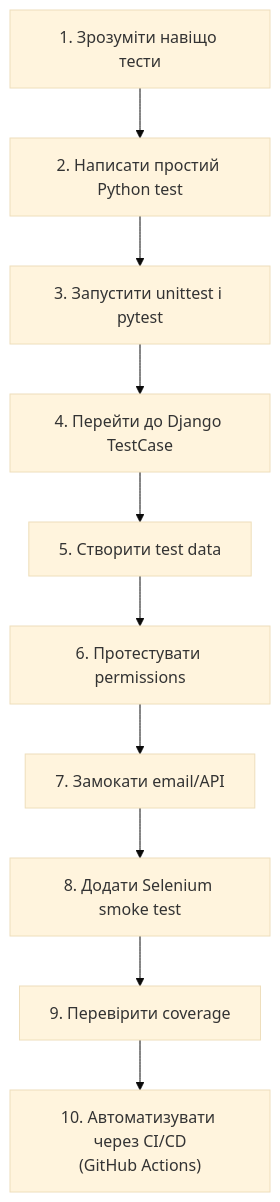
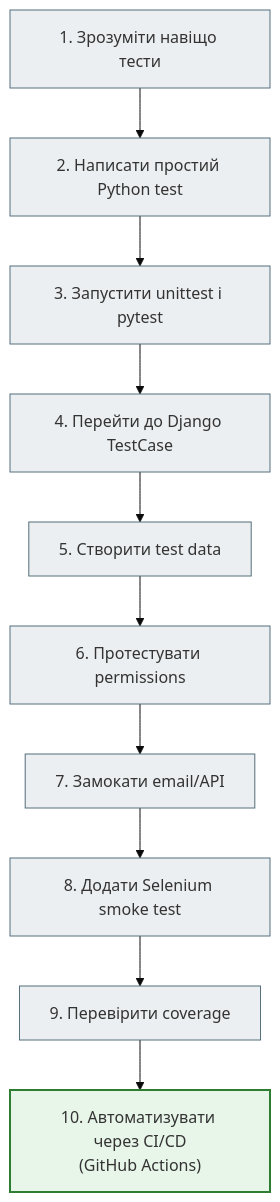
One commit to NikoriakViktot/notes_chat_app changed the diagram in docs/reference/legacy_indexes/index_5.md. Above: the diagram before and after it, drawn with Mermaid (base theme). The commit also changed 441 other files, not shown here.

First line of the commit message:
Add English version of the book, Mermaid standard, docs fixes

````diff
--- a/docs/reference/legacy_indexes/index_5.md
+++ b/docs/reference/legacy_indexes/index_5.md
@@ -213,12 +213,18 @@
 ```mermaid
 flowchart TD
     A["1. Зрозуміти навіщо тести"] --> B["2. Написати простий Python test"]
     B --> C["3. Запустити unittest і pytest"]
     C --> D["4. Перейти до Django TestCase"]
     D --> E["5. Створити test data"]
     E --> F["6. Протестувати permissions"]
     F --> G["7. Замокати email/API"]
     G --> H["8. Додати Selenium smoke test"]
     H --> I["9. Перевірити coverage"]
-    I --> J["10. Автоматизувати через CI/CD\n(GitHub Actions)"]
+    I --> J["10. Автоматизувати через CI/CD<br>(GitHub Actions)"]
+
+    classDef step     fill:#eceff1,stroke:#546e7a,stroke-width:1px;
+    classDef success  fill:#e8f5e9,stroke:#2e7d32,stroke-width:2px;
+
+    class A,B,C,D,E,F,G,H,I step;
+    class J success;
 ```
````
